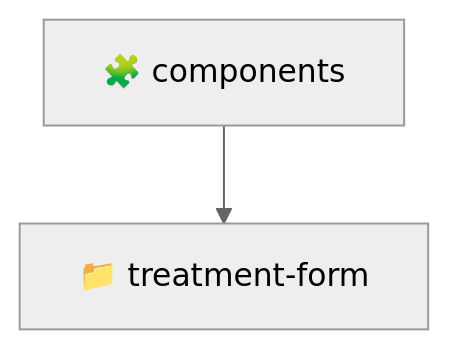
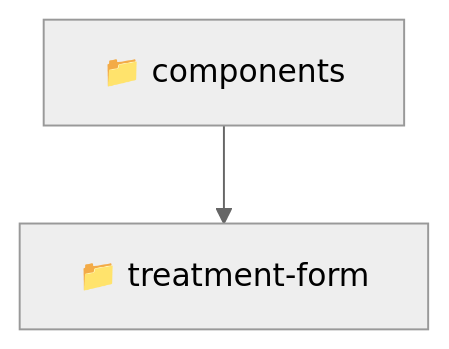
One commit to beginwebdev2002/fullstack-mavluda changed the diagram in frontend/src/pages/treatments/components/README.md. Above: the diagram before and after it, drawn with Mermaid (neutral theme). The commit also changed other lines of this file and 155 other files, not shown here.

````diff
--- a/frontend/src/pages/treatments/components/README.md
+++ b/frontend/src/pages/treatments/components/README.md
@@ -9,5 +11,5 @@
 ```mermaid
 graph TD
-  components[🧩 components]
-  components --> treatment-form[📁 treatment-form]
+  components[📁 components]
+  components --> components_treatment_form[📁 treatment-form]
 ```
````
